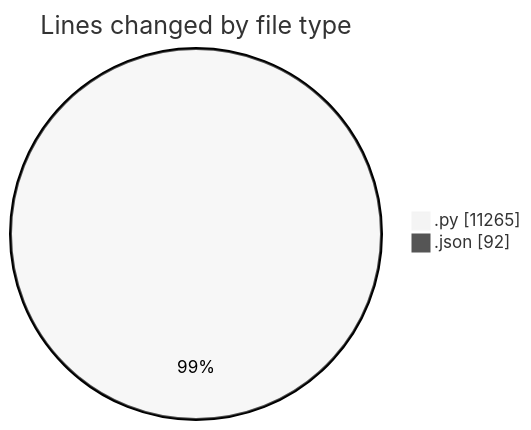
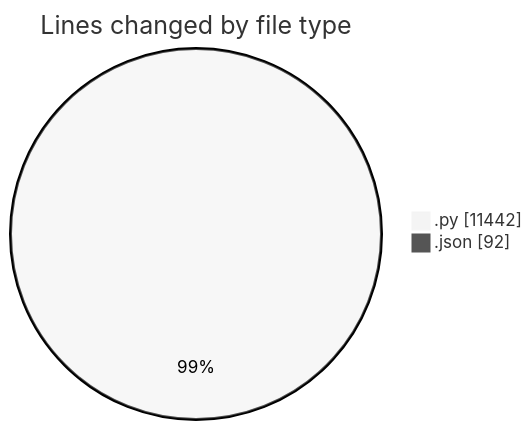
One commit to jrari/code-tracking changed the first of 2 diagrams in 2025-07-13/telebot/README.md. Above: the diagram before and after it, drawn with Mermaid (neutral theme). The commit also changed other lines of this file and 1 other file, not shown here.

````diff
--- a/2025-07-13/telebot/README.md
+++ b/2025-07-13/telebot/README.md
@@ -38,6 +40,6 @@
 ```mermaid
 pie showData
 title Lines changed by file type
-".py" : 11265
+".py" : 11442
 ".json" : 92
 ```
````
